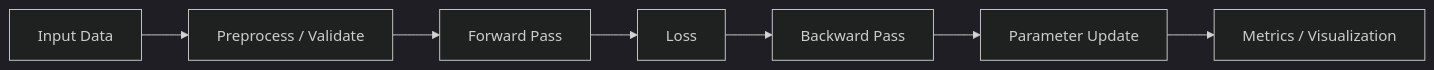
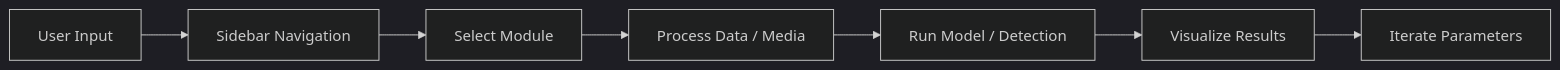
The second of 2 diagrams in README.md (akshat24code/neurocraft), drawn with Mermaid (dark theme) before and after one commit. The commit also changed other lines of this file and 1 other file, not shown here.

First line of the commit message:
Create a polished README with architecture diagrams and deployment guidance.

````diff
--- a/README.md
+++ b/README.md
@@ -187,9 +107,9 @@
 ```mermaid
 flowchart LR
-    X[Input Data] --> Y[Preprocess / Validate]
-    Y --> Z[Forward Pass]
-    Z --> AA[Loss]
-    AA --> AB[Backward Pass]
-    AB --> AC[Parameter Update]
-    AC --> AD[Metrics / Visualization]
+    U[User Input] --> N[Sidebar Navigation]
+    N --> M[Select Module]
+    M --> P[Process Data / Media]
+    P --> R[Run Model / Detection]
+    R --> V[Visualize Results]
+    V --> X[Iterate Parameters]
 ```
````
